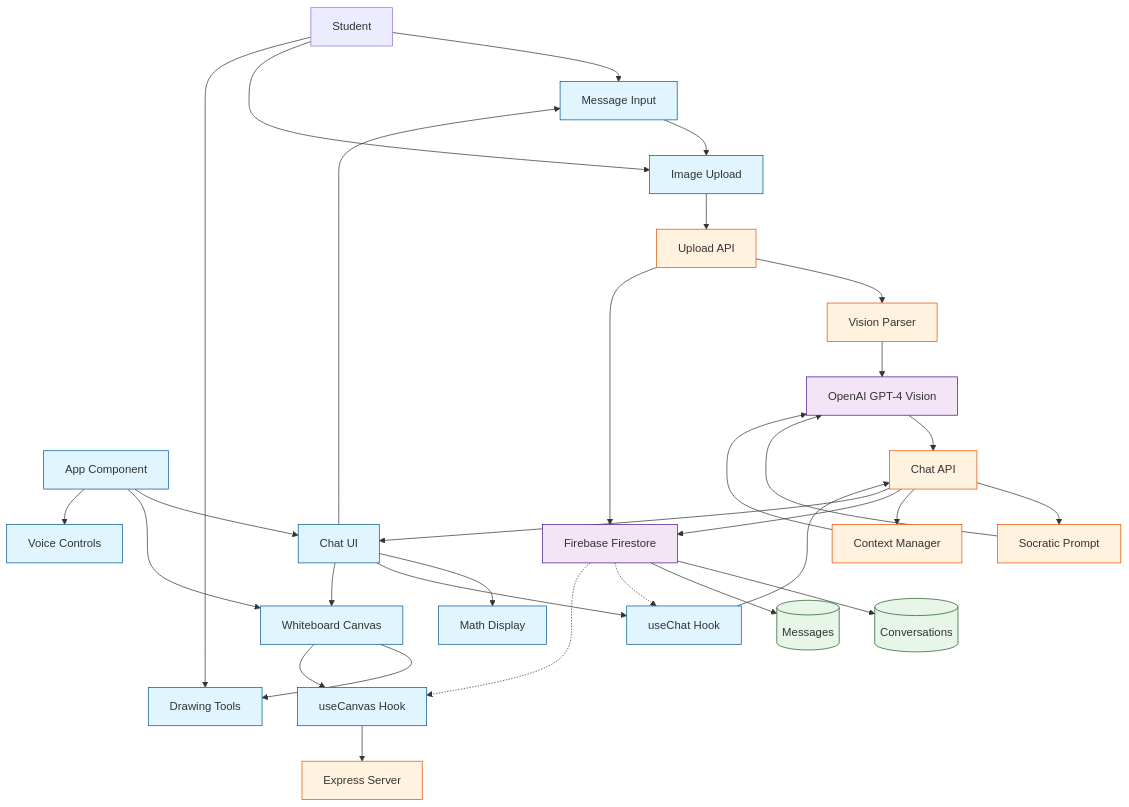
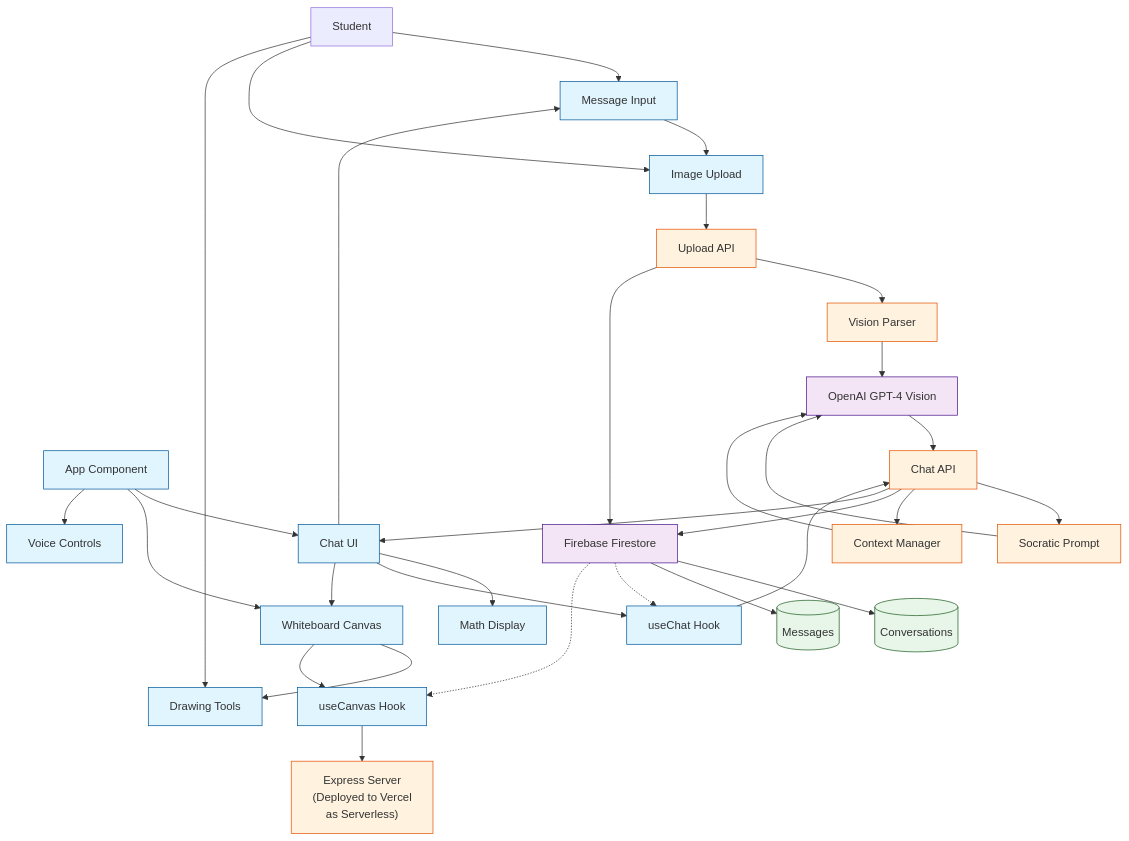
The diagram in architecture.mermaid (VictorGoic0/Math-Tutoring-App), drawn with Mermaid before and after one commit. The commit also changed 9 other files, not shown here.

Commit message:
Updating to use express + serverless vercel. Halfway done with first PR

```diff
--- a/architecture.mermaid
+++ b/architecture.mermaid
@@ -1,81 +1,81 @@
 graph TB
     Student[Student]
     
     UI[App Component]
     Chat[Chat UI]
     Canvas[Whiteboard Canvas]
     Voice[Voice Controls]
     
     MessageInput[Message Input]
     ImageUpload[Image Upload]
     MathDisplay[Math Display]
     DrawingTools[Drawing Tools]
     
     useChat[useChat Hook]
     useCanvas[useCanvas Hook]
     
-    API[Express Server]
+    API["Express Server<br/>(Deployed to Vercel<br/>as Serverless)"]
     ChatAPI[Chat API]
     UploadAPI[Upload API]
     
     Prompt[Socratic Prompt]
     Vision[Vision Parser]
     Context[Context Manager]
     
     OpenAI[OpenAI GPT-4 Vision]
     Firebase[Firebase Firestore]
     
     Conversations[(Conversations)]
     Messages[(Messages)]
     
     Student --> MessageInput
     Student --> ImageUpload
     Student --> DrawingTools
     
     UI --> Chat
     UI --> Canvas
     UI --> Voice
     
     Chat --> MessageInput
     Chat --> MathDisplay
     Chat --> useChat
     
     Canvas --> DrawingTools
     Canvas --> useCanvas
     
     MessageInput --> ImageUpload
     
     useChat --> ChatAPI
     ImageUpload --> UploadAPI
     useCanvas --> API
     
     ChatAPI --> Prompt
     ChatAPI --> Context
     UploadAPI --> Vision
     
     Prompt --> OpenAI
     Context --> OpenAI
     Vision --> OpenAI
     
     ChatAPI --> Firebase
     UploadAPI --> Firebase
     
     Firebase --> Conversations
     Firebase --> Messages
     
     Firebase -.-> useChat
     Firebase -.-> useCanvas
     
     OpenAI --> ChatAPI
     ChatAPI --> Chat
     Chat --> Canvas
     
     classDef frontend fill:#e1f5ff,stroke:#01579b
     classDef backend fill:#fff3e0,stroke:#e65100
     classDef external fill:#f3e5f5,stroke:#4a148c
     classDef database fill:#e8f5e9,stroke:#1b5e20
     
     class UI,Chat,Canvas,Voice,MessageInput,ImageUpload,MathDisplay,DrawingTools,useChat,useCanvas frontend
     class API,ChatAPI,UploadAPI,Prompt,Vision,Context backend
     class OpenAI,Firebase external
     class Conversations,Messages database
```
